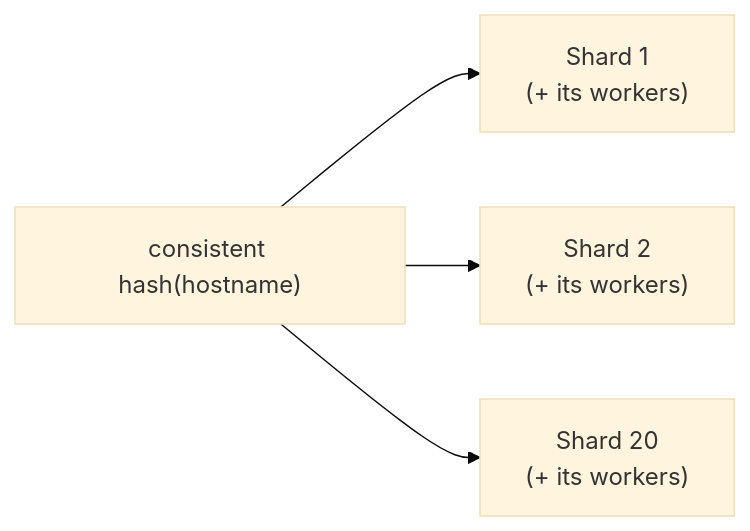
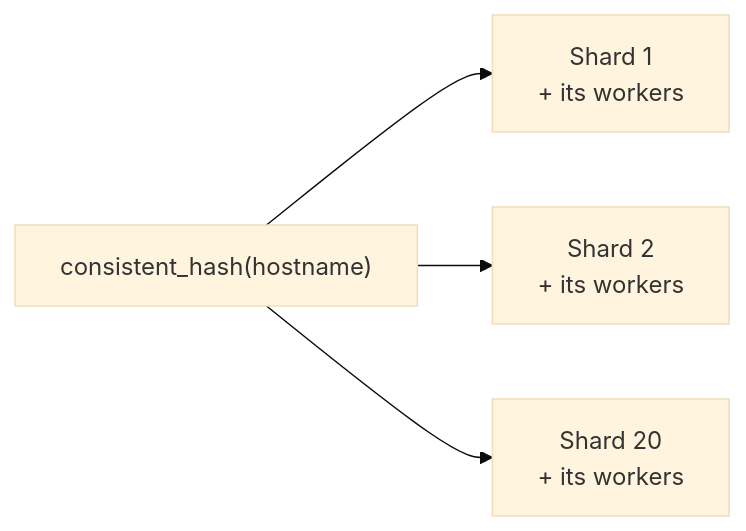
The seventh of 16 diagrams in system-design/HLD/0-course/35-Web-Crawler-FAANG-Guide-story.md (riyaz-pasha/Learnings), drawn with Mermaid (base theme) before and after one commit. The commit also changed other lines of this file and 5 other files, not shown here.

Commit message:
[REWRITE] Design Newsfeed story guide: simplify prose, add structure, fix diagrams

````diff
--- a/system-design/HLD/0-course/35-Web-Crawler-FAANG-Guide-story.md
+++ b/system-design/HLD/0-course/35-Web-Crawler-FAANG-Guide-story.md
@@ -173,6 +440,6 @@
 ```mermaid
 flowchart LR
-    H["consistent hash(hostname)"] --> Sh1["Shard 1\n(+ its workers)"]
-    H --> Sh2["Shard 2\n(+ its workers)"]
-    H --> ShN["Shard 20\n(+ its workers)"]
+    H["consistent_hash(hostname)"] --> Sh1["Shard 1<br/>+ its workers"]
+    H --> Sh2["Shard 2<br/>+ its workers"]
+    H --> ShN["Shard 20<br/>+ its workers"]
 ```
````
